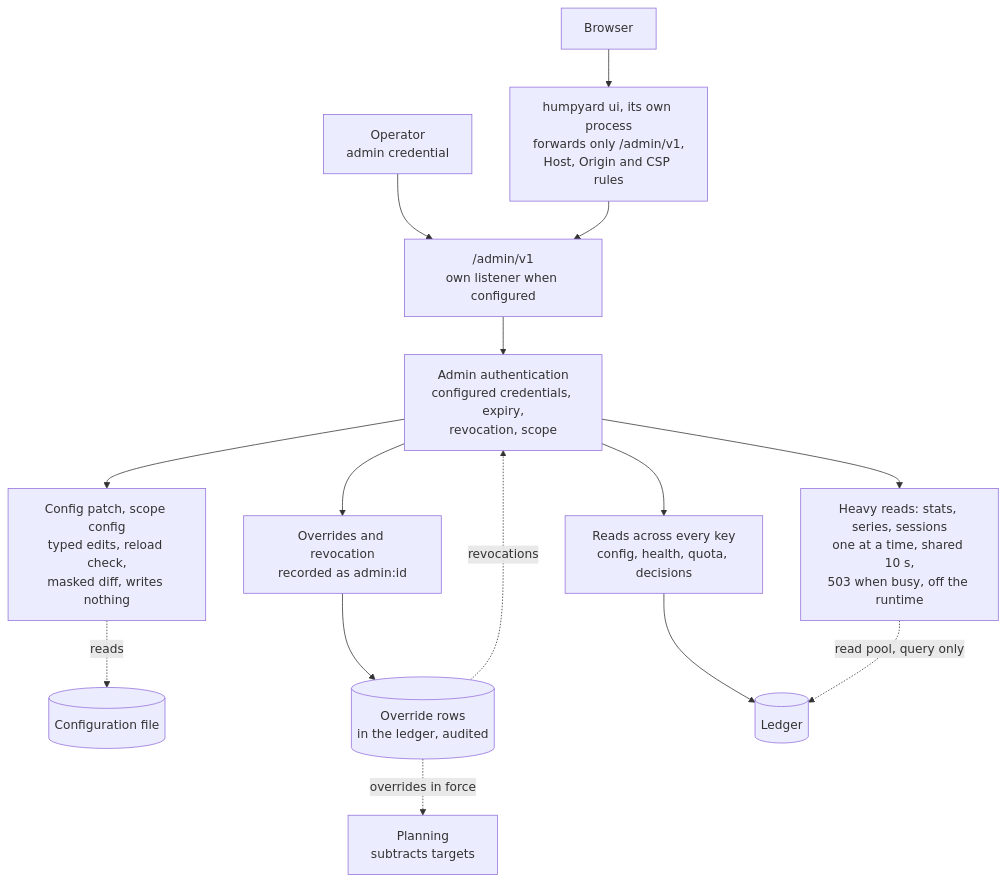
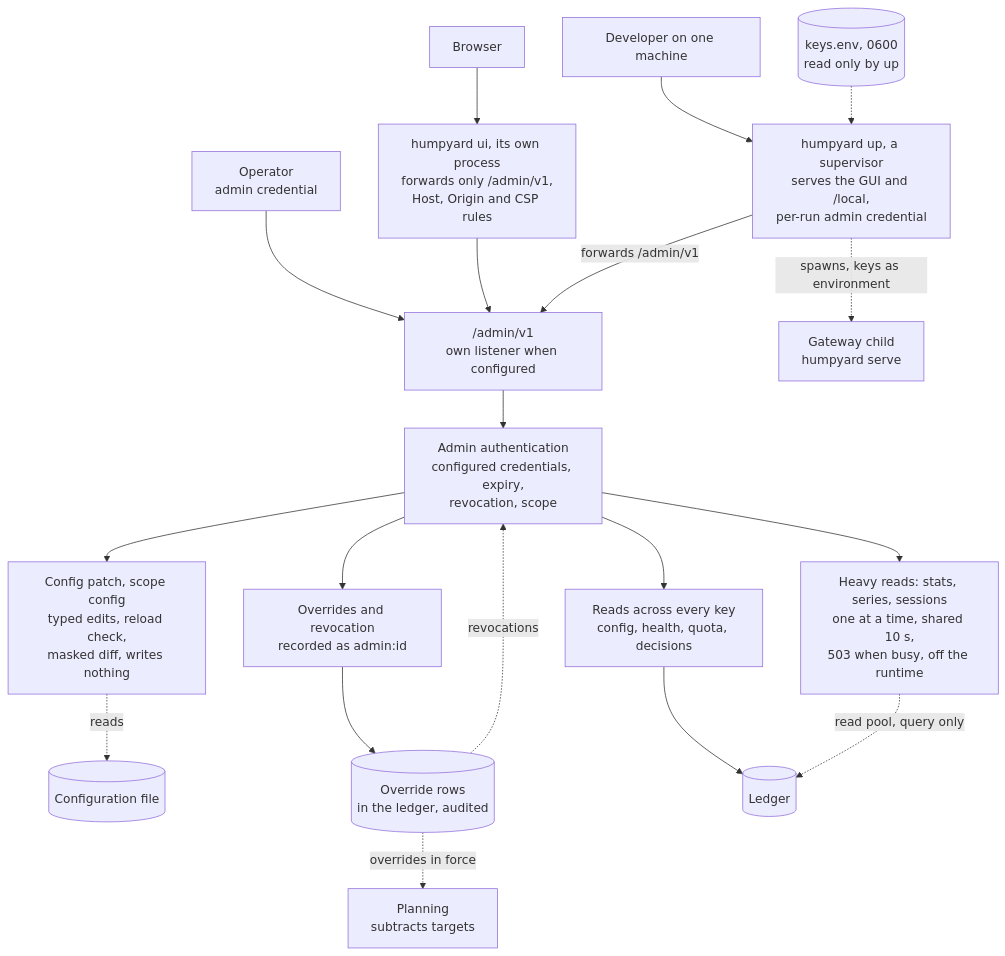
Before and after one commit to gschaetz/humpyard: the third of 4 diagrams in docs/architecture.md, drawn with Mermaid. The commit also changed other lines of this file and 50 other files, not shown here.

First line of the commit message:
feat(up): humpyard up runs the gateway and the GUI for one machine (add-single-machine-up)

````diff
--- a/docs/architecture.md
+++ b/docs/architecture.md
@@ -140,17 +141,21 @@
 ```mermaid
 flowchart TD
     OP[Operator<br/>admin credential] --> ADM["/admin/v1<br/>own listener when configured"]
     BR[Browser] --> UIP["humpyard ui, its own process<br/>forwards only /admin/v1,<br/>Host, Origin and CSP rules"]
     UIP --> ADM
+    ONE[Developer on one machine] --> UPP["humpyard up, a supervisor<br/>serves the GUI and /local,<br/>per-run admin credential"]
+    UPP -->|forwards /admin/v1| ADM
+    UPP -. spawns, keys as environment .-> GW[Gateway child<br/>humpyard serve]
+    KEYF[(keys.env, 0600<br/>read only by up)] -.-> UPP
     ADM --> AUTHN[Admin authentication<br/>configured credentials, expiry,<br/>revocation, scope]
     AUTHN --> READ[Reads across every key<br/>config, health, quota, decisions]
     AUTHN --> HEAVY[Heavy reads: stats, series, sessions<br/>one at a time, shared 10 s,<br/>503 when busy, off the runtime]
     AUTHN --> OVR[Overrides and revocation<br/>recorded as admin:id]
     AUTHN --> PAT[Config patch, scope config<br/>typed edits, reload check,<br/>masked diff, writes nothing]
     PAT -. reads .-> FILE[(Configuration file)]
     OVR --> STORE[(Override rows<br/>in the ledger, audited)]
     STORE -. overrides in force .-> PLAN[Planning<br/>subtracts targets]
     STORE -. revocations .-> AUTHN
     READ --> LED[(Ledger)]
     HEAVY -. read pool, query only .-> LED
 ```
````
